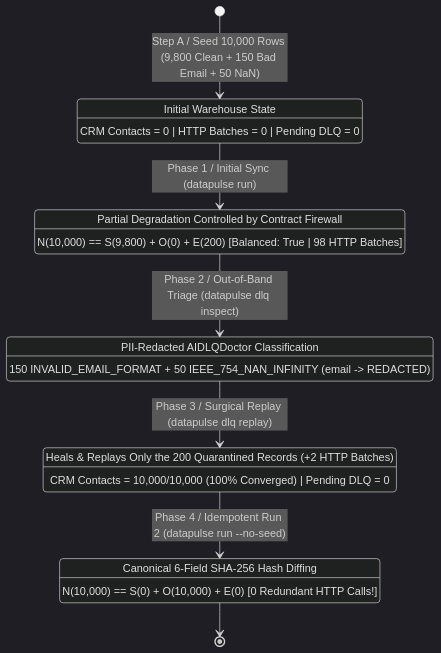
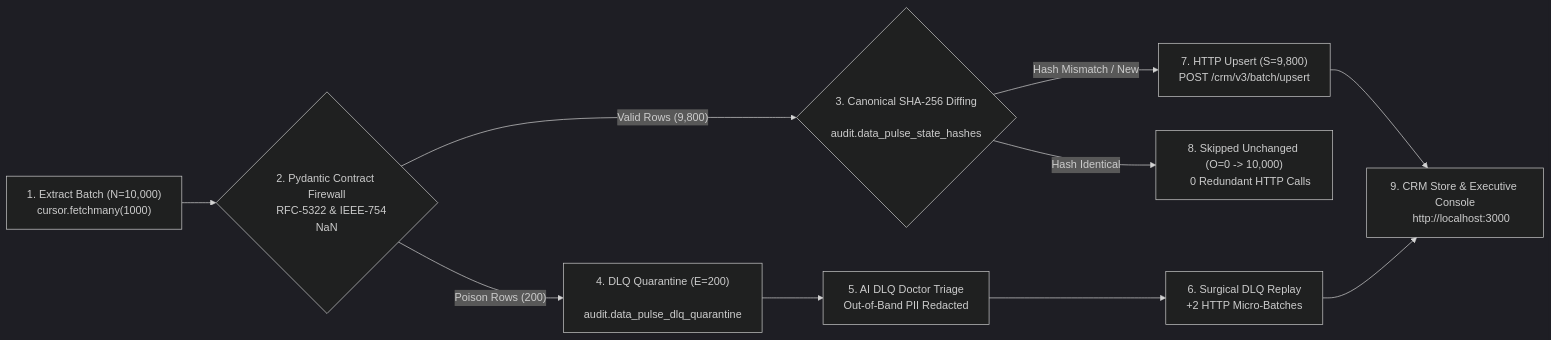
Before and after one commit to darwinabarca64/data-pulse: the second of 2 diagrams in README.md, drawn with Mermaid (dark theme). The commit also changed other lines of this file and 21 other files, not shown here.

Commit message:
docs: modernize executive console readme, runbooks and visual assets, retire line caps

````diff
--- a/README.md
+++ b/README.md
@@ -131,23 +105,31 @@
 ```mermaid
-stateDiagram-v2
-    [*] --> Phase0Init: Step A / Seed 10,000 Rows (9,800 Clean + 150 Bad Email + 50 NaN)
-    Phase0Init: Initial Warehouse State
-    Phase0Init: CRM Contacts = 0 | HTTP Batches = 0 | Pending DLQ = 0
+flowchart LR
+    EXTRACT["1. Extract Batch (N=10,000)
+    cursor.fetchmany(1000)"]
+    FIREWALL{"2. Pydantic Contract Firewall
+    RFC-5322 & IEEE-754 NaN"}
+    DIFF{"3. Canonical SHA-256 Diffing
+    audit.data_pulse_state_hashes"}
+    DLQ["4. DLQ Quarantine (E=200)
+    audit.data_pulse_dlq_quarantine"]
+    DOCTOR["5. AI DLQ Doctor Triage
+    Out-of-Band PII Redacted"]
+    REPLAY["6. Surgical DLQ Replay
+    +2 HTTP Micro-Batches"]
+    DISPATCH["7. HTTP Upsert (S=9,800)
+    POST /crm/v3/batch/upsert"]
+    SKIP["8. Skipped Unchanged (O=0 -> 10,000)
+    0 Redundant HTTP Calls"]
+    DEST["9. CRM Store & Executive Console
+    http://localhost:3000"]
 
-    Phase0Init --> Phase1Sync: Phase 1 / Initial Sync (datapulse run)
-    Phase1Sync: Partial Degradation Controlled by Contract Firewall
-    Phase1Sync: N(10,000) == S(9,800) + O(0) + E(200) [Balanced: True | 98 HTTP Batches]
-
-    Phase1Sync --> Phase2Triage: Phase 2 / Out-of-Band Triage (datapulse dlq inspect)
-    Phase2Triage: PII-Redacted AIDLQDoctor Classification
-    Phase2Triage: 150 INVALID_EMAIL_FORMAT + 50 IEEE_754_NAN_INFINITY (email -> REDACTED)
-
-    Phase2Triage --> Phase3Replay: Phase 3 / Surgical Replay (datapulse dlq replay)
-    Phase3Replay: Heals & Replays Only the 200 Quarantined Records (+2 HTTP Batches)
-    Phase3Replay: CRM Contacts = 10,000/10,000 (100% Converged) | Pending DLQ = 0
-
-    Phase3Replay --> Phase4SteadyState: Phase 4 / Idempotent Run 2 (datapulse run --no-seed)
-    Phase4SteadyState: Canonical 6-Field SHA-256 Hash Diffing
-    Phase4SteadyState: N(10,000) == S(0) + O(10,000) + E(0) [0 Redundant HTTP Calls!]
-    Phase4SteadyState --> [*]
+    EXTRACT --> FIREWALL
+    FIREWALL -->|"Valid Rows (9,800)"| DIFF
+    FIREWALL -->|"Poison Rows (200)"| DLQ
+    DIFF -->|"Hash Mismatch / New"| DISPATCH
+    DIFF -->|"Hash Identical"| SKIP
+    DISPATCH --> DEST
+    DLQ --> DOCTOR
+    DOCTOR --> REPLAY
+    REPLAY --> DEST
 ```
````
